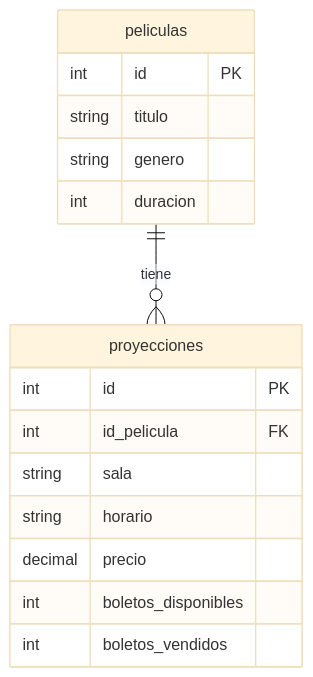
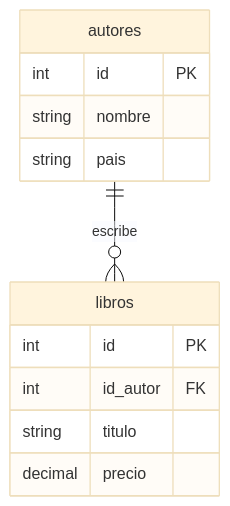
Before and after one commit to cetis-programacion-2025G/cine-bdr: the diagram in README.md, drawn with Mermaid (base theme). The commit also changed other lines of this file, not shown here.

Commit message:
docs: reemplazar diagrama ER de ejemplo con uno genérico

````diff
--- a/README.md
+++ b/README.md
@@ -79,19 +79,15 @@
 ```mermaid
 erDiagram
-    peliculas {
+    autores {
         int id PK
+        string nombre
+        string pais
+    }
+    libros {
+        int id PK
+        int id_autor FK
         string titulo
-        string genero
-        int duracion
+        decimal precio
     }
-    proyecciones {
-        int id PK
-        int id_pelicula FK
-        string sala
-        string horario
-        decimal precio
-        int boletos_disponibles
-        int boletos_vendidos
-    }
-    peliculas ||--o{ proyecciones : "tiene"
+    autores ||--o{ libros : "escribe"
 ```
````
